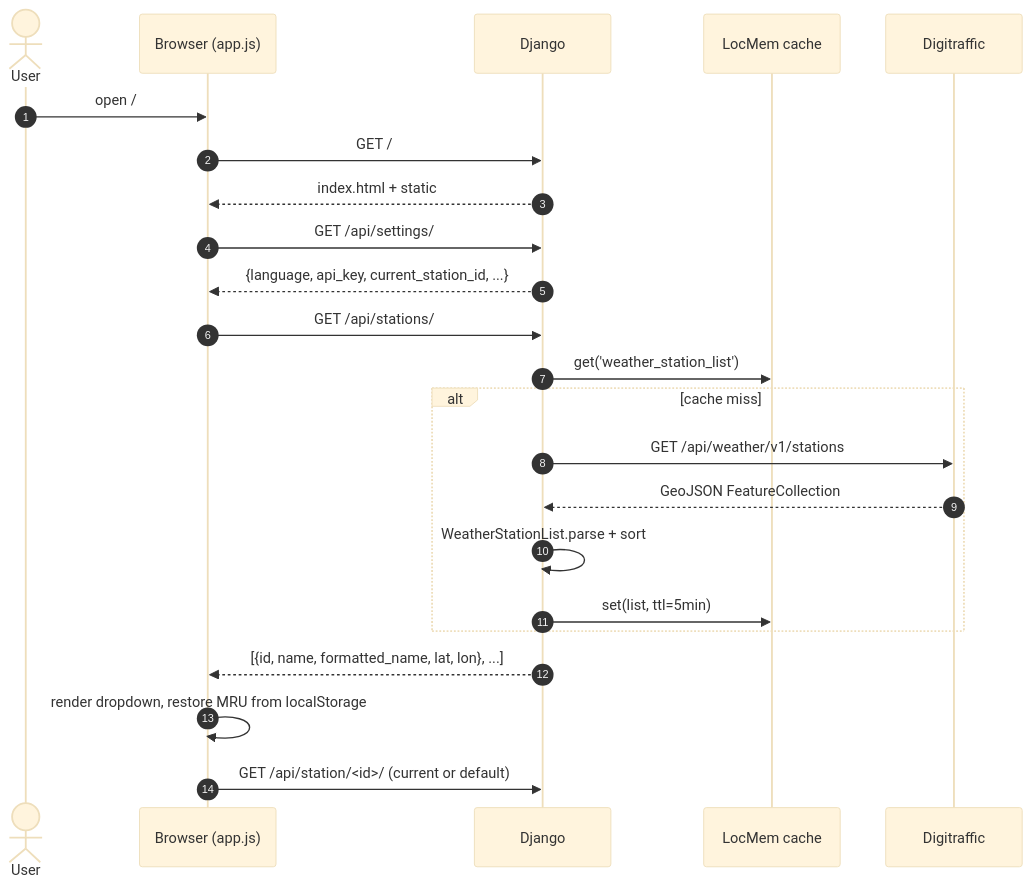
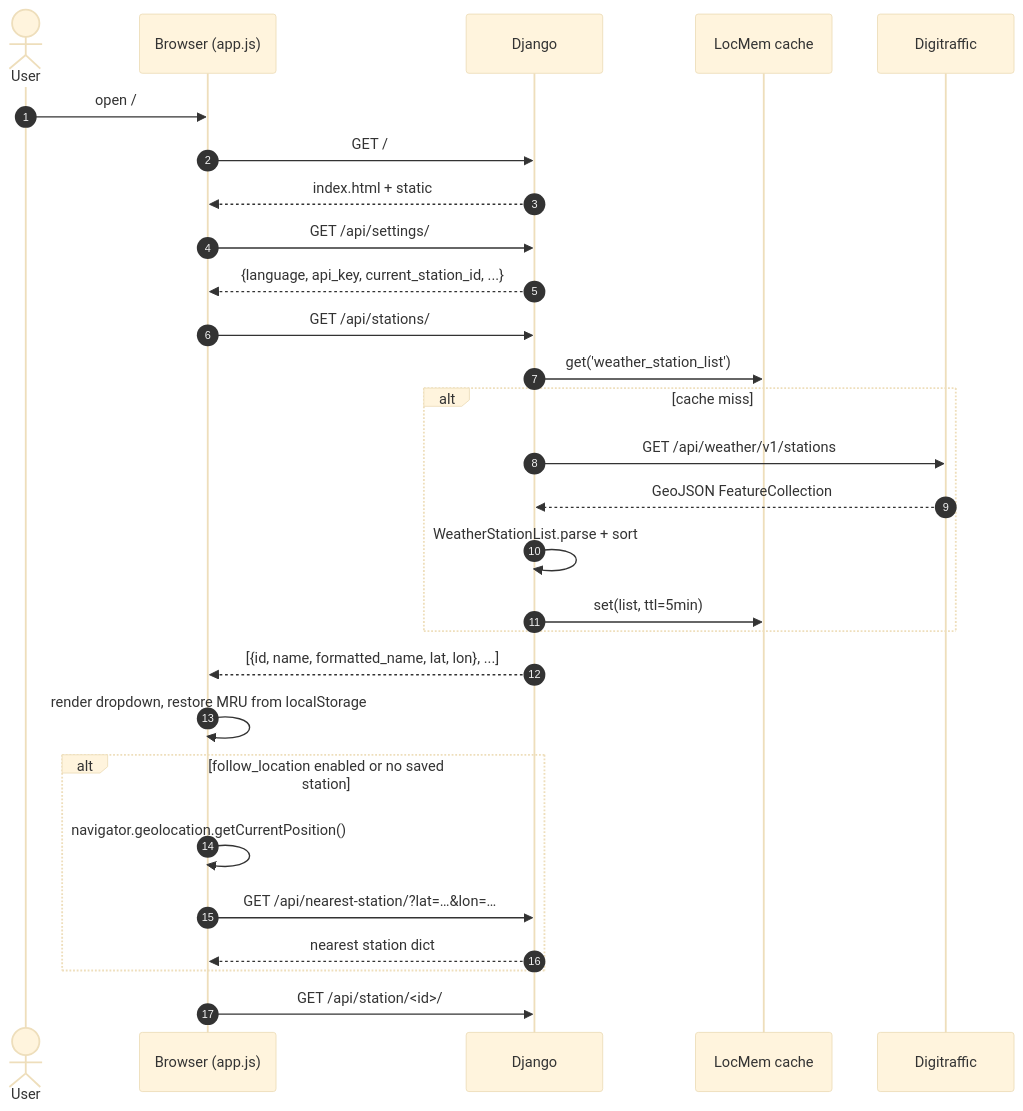
One commit to jjankkil/weatherview-django changed the third of 10 diagrams in docs/ARCHITECTURE.md. Above: the diagram before and after it, drawn with Mermaid (base theme). The commit also changed other lines of this file and 6 other files, not shown here.

Commit message:
Add usage of browser geolocation api

````diff
--- a/docs/ARCHITECTURE.md
+++ b/docs/ARCHITECTURE.md
@@ -178,26 +181,31 @@
 ```mermaid
 sequenceDiagram
     autonumber
     actor User
     participant Browser as Browser (app.js)
     participant Django
     participant Cache as LocMem cache
     participant DT as Digitraffic
 
     User->>Browser: open /
     Browser->>Django: GET /
     Django-->>Browser: index.html + static
     Browser->>Django: GET /api/settings/
     Django-->>Browser: {language, api_key, current_station_id, ...}
     Browser->>Django: GET /api/stations/
     Django->>Cache: get('weather_station_list')
     alt cache miss
         Django->>DT: GET /api/weather/v1/stations
         DT-->>Django: GeoJSON FeatureCollection
         Django->>Django: WeatherStationList.parse + sort
         Django->>Cache: set(list, ttl=5min)
     end
     Django-->>Browser: [{id, name, formatted_name, lat, lon}, ...]
     Browser->>Browser: render dropdown, restore MRU from localStorage
-    Browser->>Django: GET /api/station/<id>/ (current or default)
+    alt follow_location enabled or no saved station
+        Browser->>Browser: navigator.geolocation.getCurrentPosition()
+        Browser->>Django: GET /api/nearest-station/?lat=…&lon=…
+        Django-->>Browser: nearest station dict
+    end
+    Browser->>Django: GET /api/station/<id>/
 ```
````
